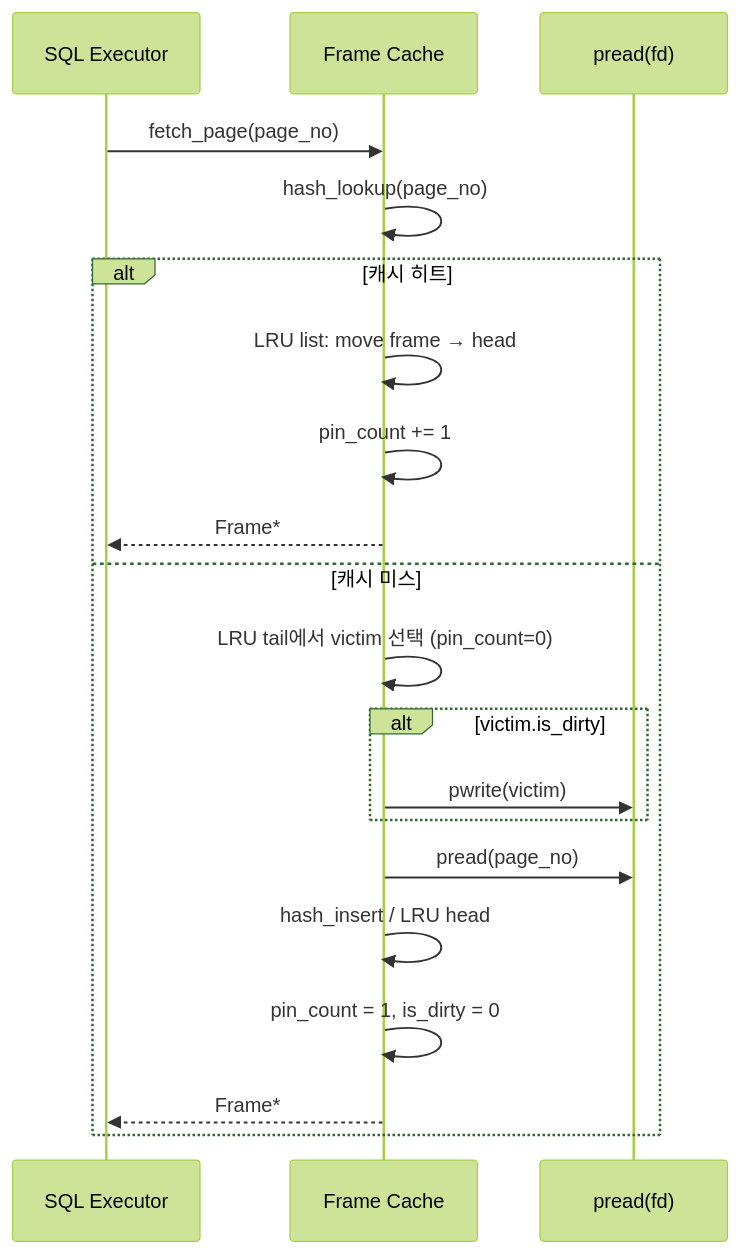
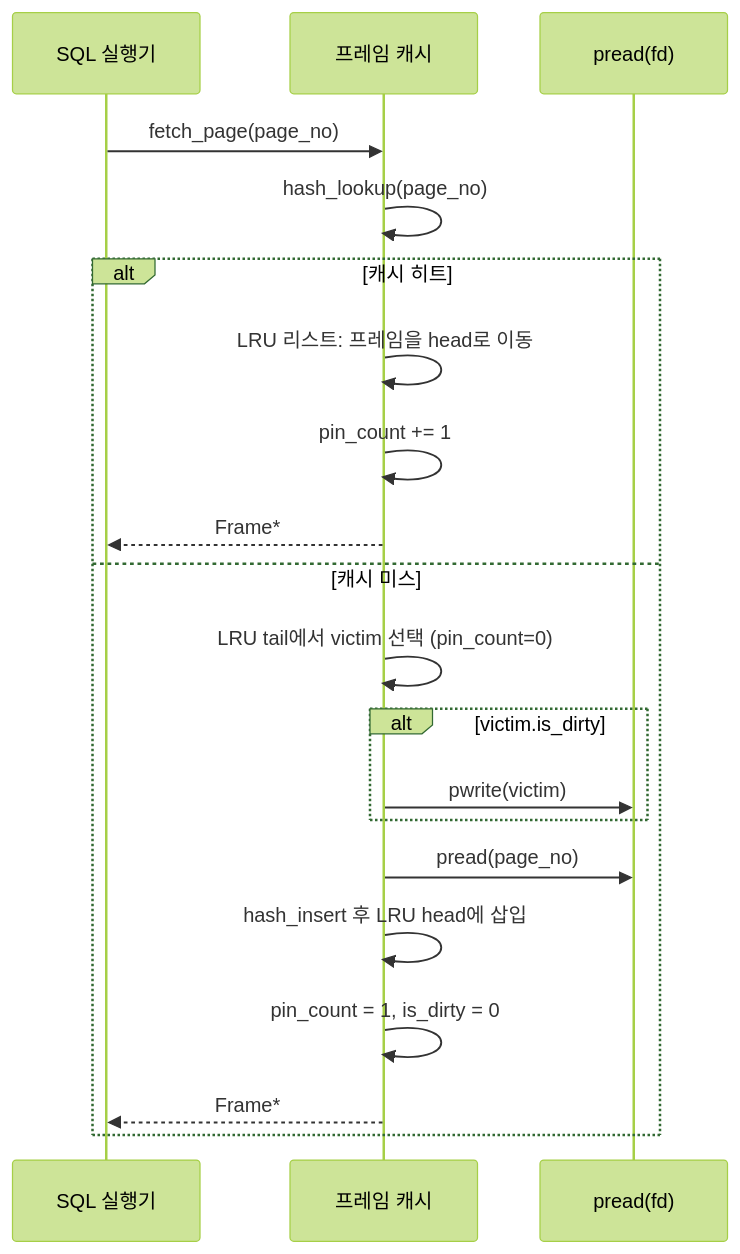
The diagram in docs/blog/applications/02-implementing-frame-cache-lru.md (Jungle-12-303/wk07_6), drawn with Mermaid (forest theme) before and after one commit. The commit also changed other lines of this file and 26 other files, not shown here.

First line of the commit message:
docs: 블로그 소제목·Mermaid·ASCII 박스 가독성 정비

````diff
--- a/docs/blog/applications/02-implementing-frame-cache-lru.md
+++ b/docs/blog/applications/02-implementing-frame-cache-lru.md
@@ -66,22 +66,22 @@
 ```mermaid
 sequenceDiagram
-    participant Caller as SQL Executor
-    participant FC as Frame Cache
+    participant Caller as SQL 실행기
+    participant FC as 프레임 캐시
     participant Disk as pread(fd)
     Caller->>FC: fetch_page(page_no)
     FC->>FC: hash_lookup(page_no)
     alt 캐시 히트
-        FC->>FC: LRU list: move frame → head
+        FC->>FC: LRU 리스트: 프레임을 head로 이동
         FC->>FC: pin_count += 1
         FC-->>Caller: Frame*
     else 캐시 미스
         FC->>FC: LRU tail에서 victim 선택 (pin_count=0)
         alt victim.is_dirty
             FC->>Disk: pwrite(victim)
         end
         FC->>Disk: pread(page_no)
-        FC->>FC: hash_insert / LRU head
+        FC->>FC: hash_insert 후 LRU head에 삽입
         FC->>FC: pin_count = 1, is_dirty = 0
         FC-->>Caller: Frame*
     end
 ```
````
